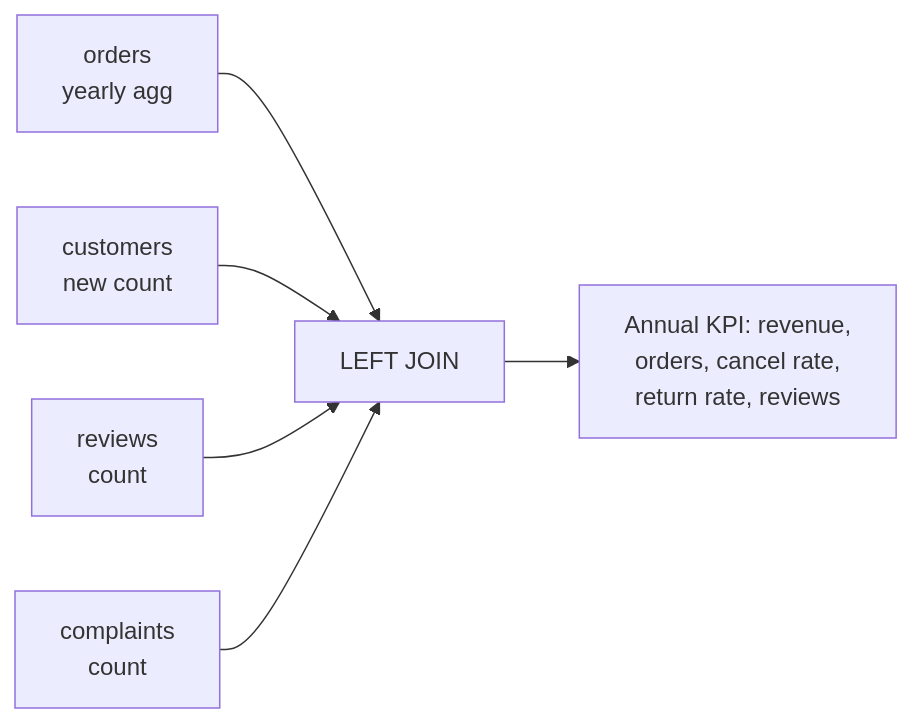
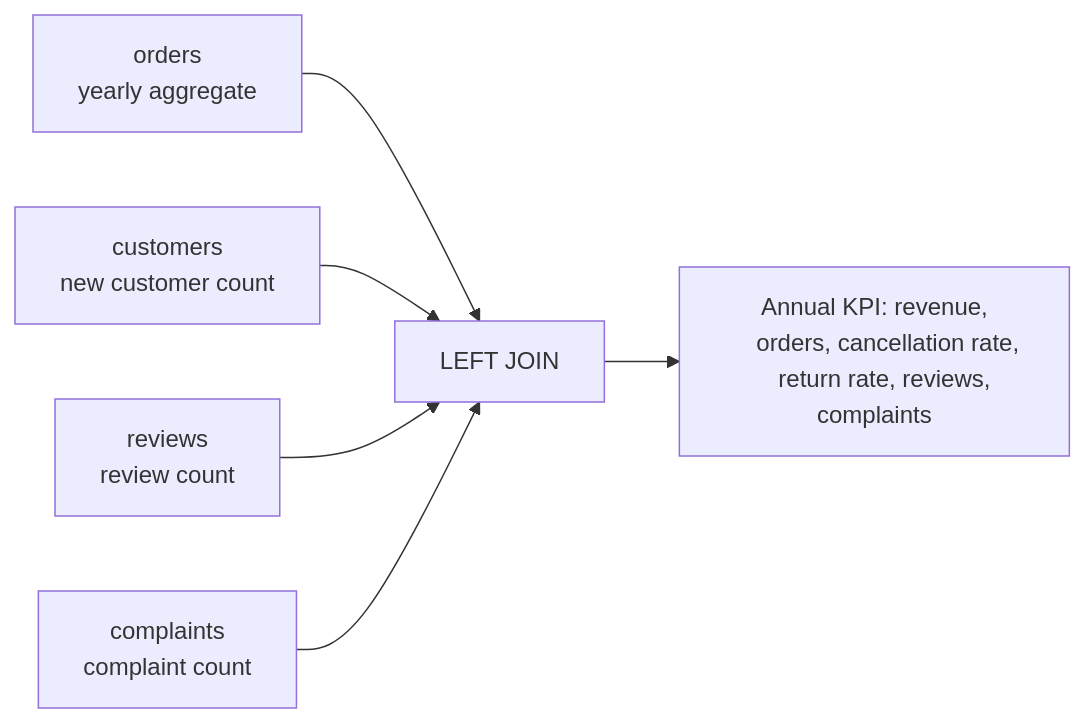
Before and after one commit to civilian7/sql-tutorial: diagram 18 of 18 in docs/en/schema/views.md, drawn with Mermaid. The commit also changed other lines of this file and 121 other files, not shown here.

````diff
--- a/docs/en/schema/views.md
+++ b/docs/en/schema/views.md
@@ -1825,14 +1839,14 @@
 ```mermaid
 flowchart LR
     A["orders
-    yearly agg"] --> E["LEFT JOIN"]
+    yearly aggregate"] --> E["LEFT JOIN"]
     B["customers
-    new count"] --> E
+    new customer count"] --> E
     C["reviews
-    count"] --> E
+    review count"] --> E
     D["complaints
-    count"] --> E
+    complaint count"] --> E
     E --> F["Annual KPI: revenue,
-    orders, cancel rate,
-    return rate, reviews"]
+    orders, cancellation rate,
+    return rate, reviews, complaints"]
 ```
````
